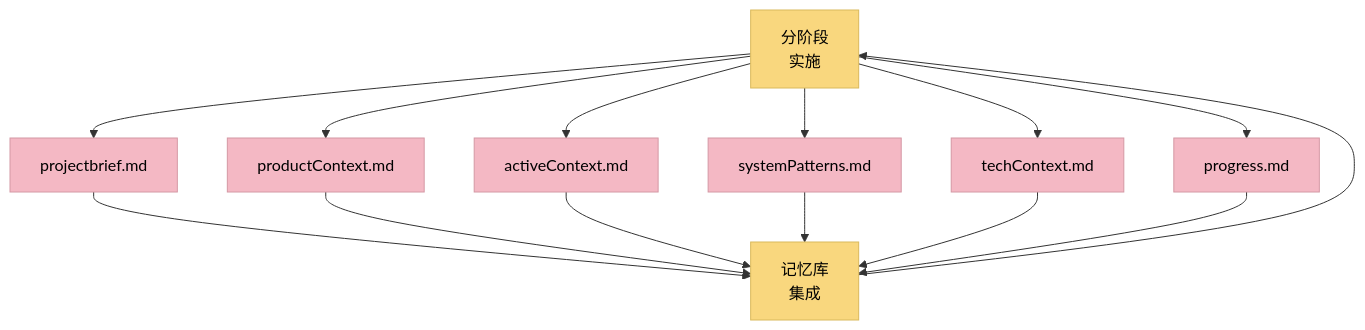
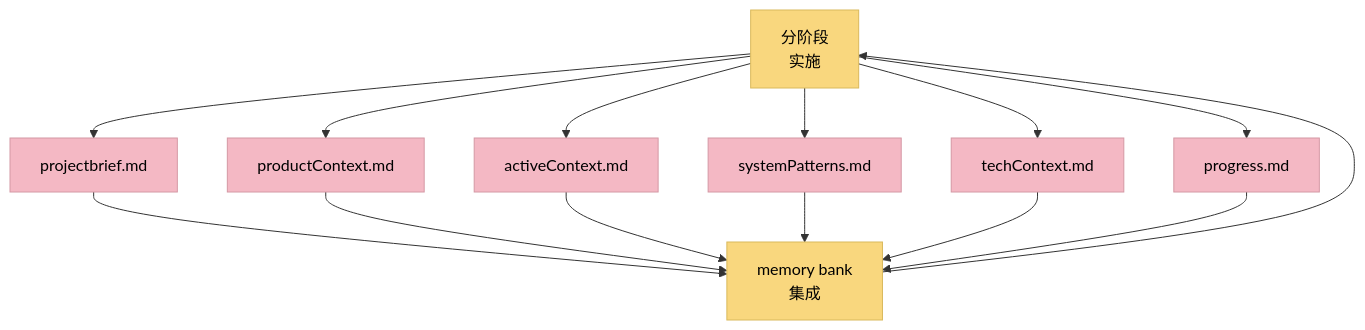
Before and after one commit to autel-lizhuohang/cursor-memory-bank-cn: the sixth of 6 diagrams in .cursor/rules/isolation_rules/Level4/phased-implementation.mdc, drawn with Mermaid. The commit also changed other lines of this file and 33 other files, not shown here.

````diff
--- a/.cursor/rules/isolation_rules/Level4/phased-implementation.mdc
+++ b/.cursor/rules/isolation_rules/Level4/phased-implementation.mdc
@@ -518,18 +518,18 @@
 ```mermaid
 flowchart TD
     classDef memfile fill:#f4b8c4,stroke:#d498a4,color:#000
     classDef process fill:#f9d77e,stroke:#d9b95c,color:#000
 
     Implementation[分阶段<br>实施] --> PB[projectbrief.md]
     Implementation --> PC[productContext.md]
     Implementation --> AC[activeContext.md]
     Implementation --> SP[systemPatterns.md]
     Implementation --> TC[techContext.md]
     Implementation --> P[progress.md]
 
-    PB & PC & AC & SP & TC & P --> MBI[记忆库<br>集成]
+    PB & PC & AC & SP & TC & P --> MBI[memory bank<br>集成]
     MBI --> Implementation
 
     class PB,PC,AC,SP,TC,P memfile
     class Implementation,MBI process
 ```
````
